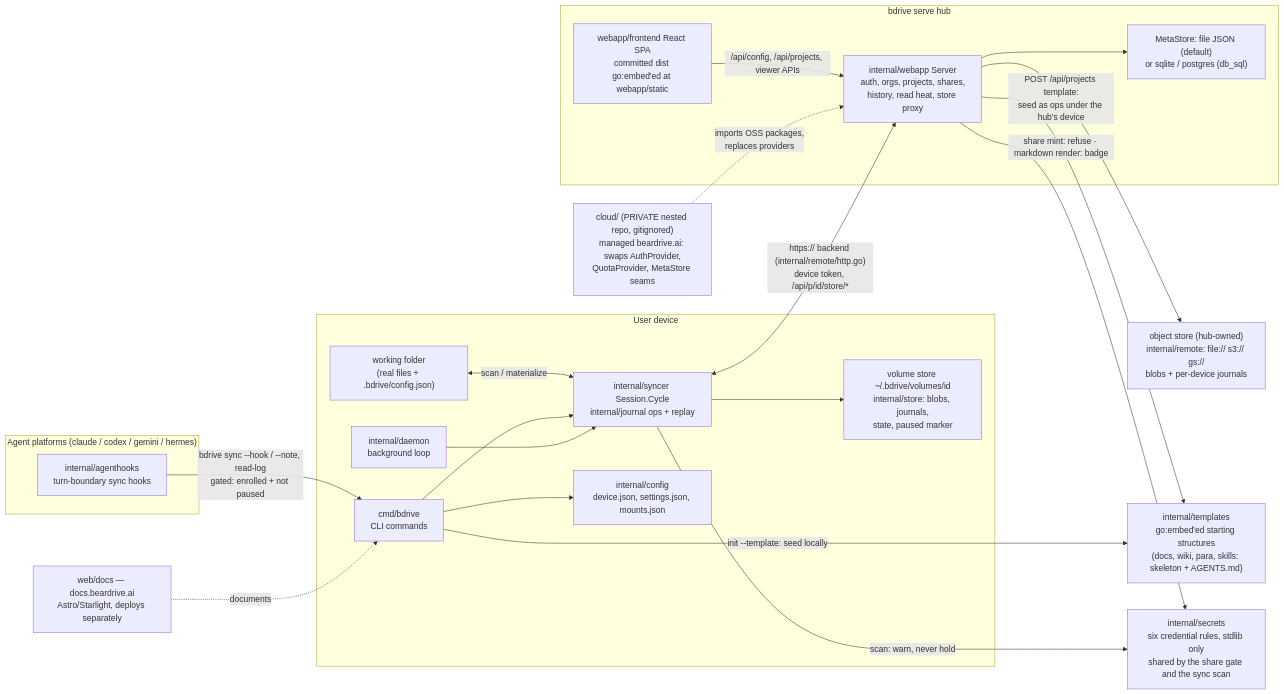
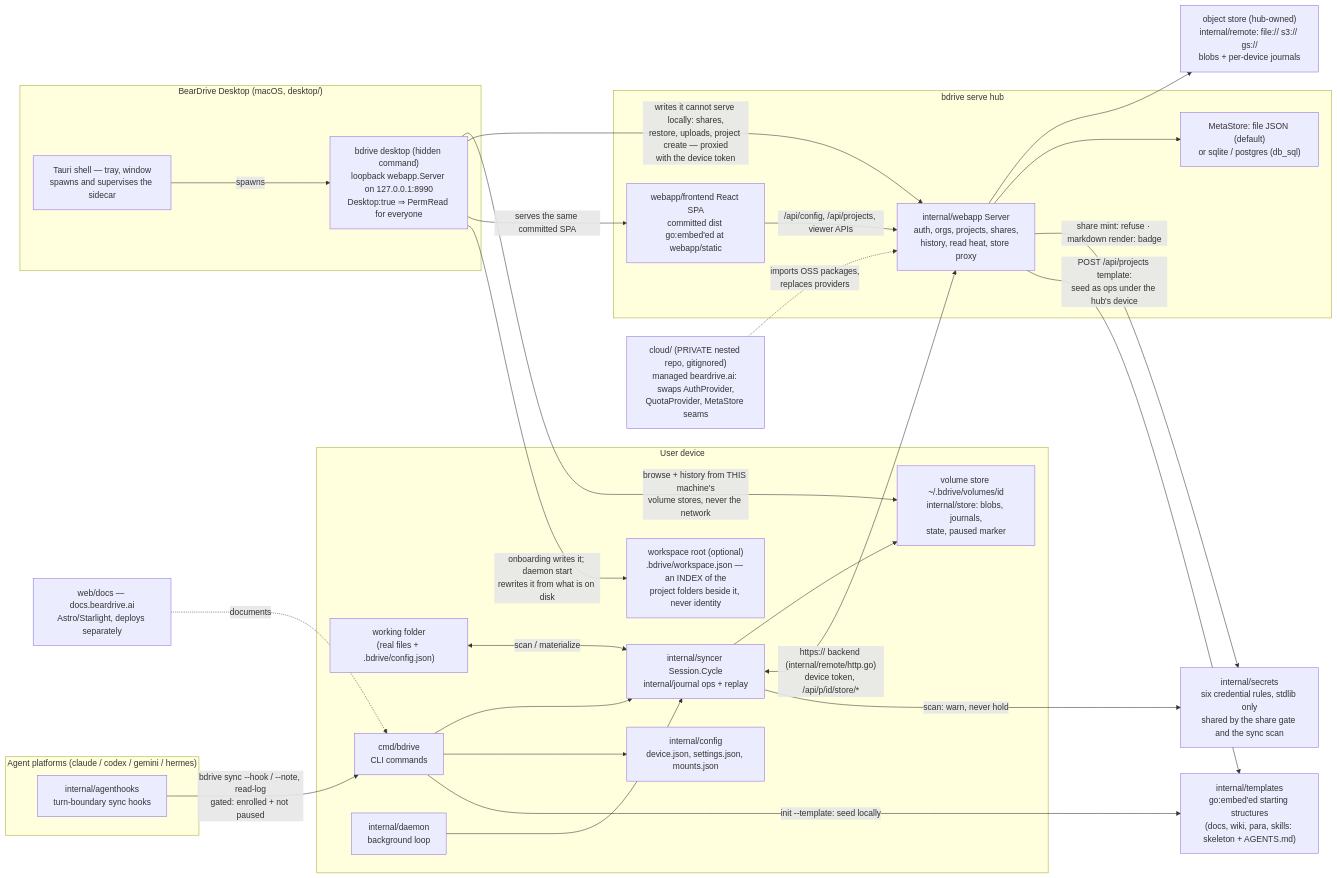
One commit to runbear-io/sfs changed the diagram in architecture/overview.md. Above: the diagram before and after it, drawn with Mermaid. The commit also changed 3 other files, not shown here.

First line of the commit message:
docs(architecture): the desktop sidecar and the workspace root on the maps

````diff
--- a/architecture/overview.md
+++ b/architecture/overview.md
@@ -10,47 +10,58 @@
 ```mermaid
 flowchart LR
     subgraph device["User device"]
         wf["working folder<br/>(real files + .bdrive/config.json)"]
         cli["cmd/bdrive<br/>CLI commands"]
         dmn["internal/daemon<br/>background loop"]
         eng["internal/syncer Session.Cycle<br/>internal/journal ops + replay"]
         vs["volume store ~/.bdrive/volumes/id<br/>internal/store: blobs, journals,<br/>state, paused marker"]
         cfg["internal/config<br/>device.json, settings.json, mounts.json"]
+        wsr["workspace root (optional)<br/>.bdrive/workspace.json — an INDEX of the<br/>project folders beside it, never identity"]
+    end
+
+    subgraph mac["BearDrive Desktop (macOS, desktop/)"]
+        tauri["Tauri shell — tray, window<br/>spawns and supervises the sidecar"]
+        side["bdrive desktop (hidden command)<br/>loopback webapp.Server on 127.0.0.1:8990<br/>Desktop:true ⇒ PermRead for everyone"]
     end
 
     subgraph agents["Agent platforms (claude / codex / gemini / hermes)"]
         hooks["internal/agenthooks<br/>turn-boundary sync hooks"]
     end
 
     subgraph hub["bdrive serve hub"]
         srv["internal/webapp Server<br/>auth, orgs, projects, shares,<br/>history, read heat, store proxy"]
         fe["webapp/frontend React SPA<br/>committed dist go:embed'ed at webapp/static"]
         meta["MetaStore: file JSON (default)<br/>or sqlite / postgres (db_sql)"]
     end
 
     store["object store (hub-owned)<br/>internal/remote: file:// s3:// gs://<br/>blobs + per-device journals"]
 
     tpl["internal/templates<br/>go:embed'ed starting structures<br/>(docs, wiki, para, skills: skeleton + AGENTS.md)"]
 
     sec["internal/secrets<br/>six credential rules, stdlib only<br/>shared by the share gate and the sync scan"]
 
     docs["web/docs — docs.beardrive.ai<br/>Astro/Starlight, deploys separately"]
     cloud["cloud/ (PRIVATE nested repo, gitignored)<br/>managed beardrive.ai: swaps AuthProvider,<br/>QuotaProvider, MetaStore seams"]
 
     wf <-->|scan / materialize| eng
     cli --> eng
     dmn --> eng
     cli --> cfg
     eng --> vs
     eng <-->|"https:// backend (internal/remote/http.go)<br/>device token, /api/p/id/store/*"| srv
     hooks -->|"bdrive sync --hook / --note, read-log<br/>gated: enrolled + not paused"| cli
     srv --> store
     srv --> meta
     eng -->|"scan: warn, never hold"| sec
     srv -->|"share mint: refuse · markdown render: badge"| sec
     cli -->|"init --template: seed locally"| tpl
     srv -->|"POST /api/projects template:<br/>seed as ops under the hub's device"| tpl
     fe -->|/api/config, /api/projects, viewer APIs| srv
     cloud -.->|imports OSS packages,<br/>replaces providers| srv
     docs -.->|documents| cli
+    tauri -->|spawns| side
+    side -->|"browse + history from THIS machine's<br/>volume stores, never the network"| vs
+    side -->|"writes it cannot serve locally: shares,<br/>restore, uploads, project create — proxied<br/>with the device token"| srv
+    side -->|serves the same committed SPA| fe
+    side -->|"onboarding writes it; daemon start<br/>rewrites it from what is on disk"| wsr
 ```
````
